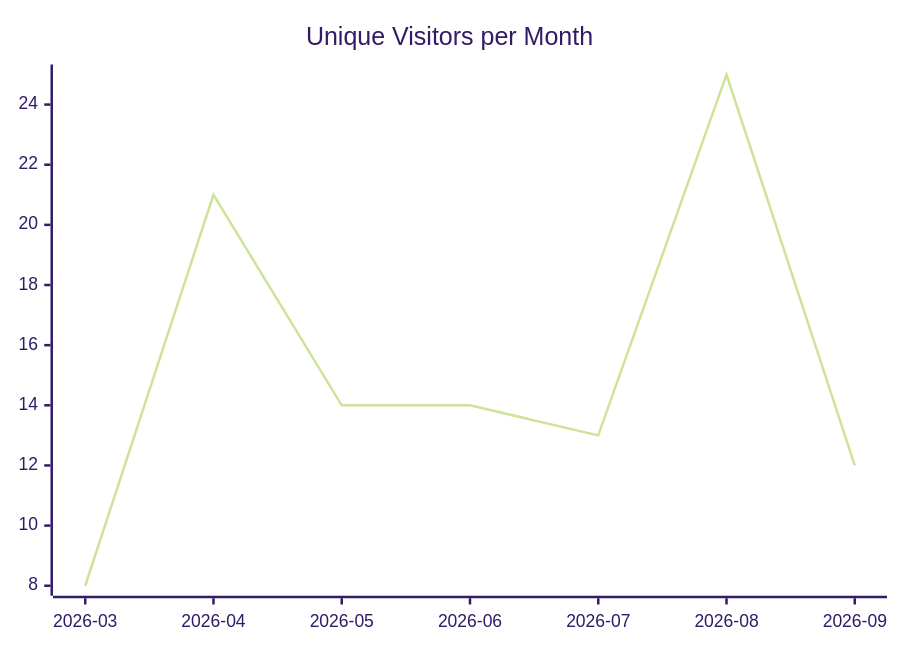
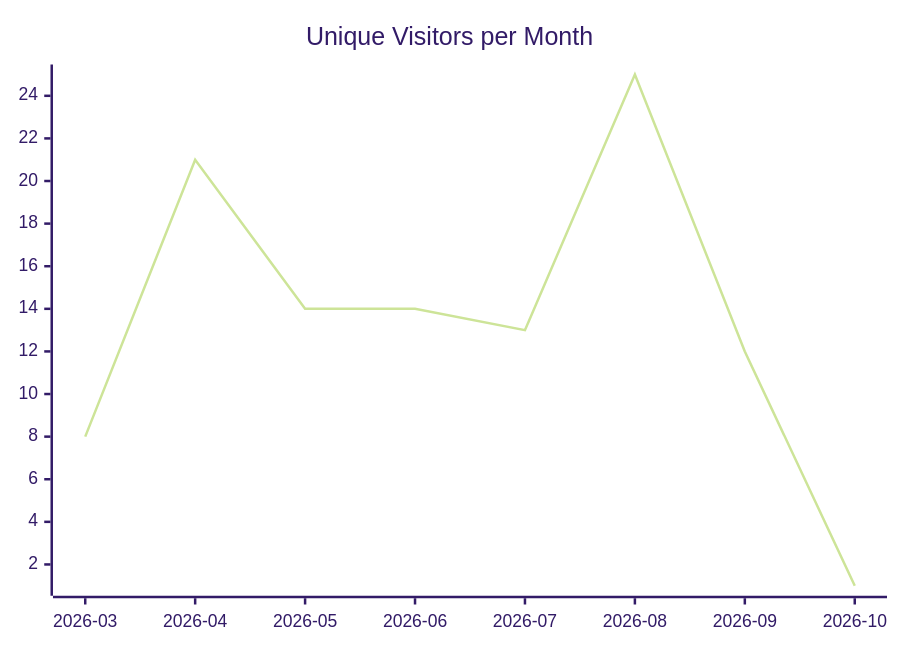
The first of 3 diagrams in karlmdavis/ksoap2-android/README.md (justdavis-family/github-analytics-data), drawn with Mermaid (forest theme) before and after one commit. The commit also changed other lines of this file and 202 other files, not shown here.

````diff
--- a/karlmdavis/ksoap2-android/README.md
+++ b/karlmdavis/ksoap2-android/README.md
@@ -5,6 +5,6 @@
 ```mermaid
 xychart-beta
   title "Unique Visitors per Month"
-  x-axis ["2026-03", "2026-04", "2026-05", "2026-06", "2026-07", "2026-08", "2026-09"]
-  line [8, 21, 14, 14, 13, 25, 12]
+  x-axis ["2026-03", "2026-04", "2026-05", "2026-06", "2026-07", "2026-08", "2026-09", "2026-10"]
+  line [8, 21, 14, 14, 13, 25, 12, 1]
 ```
````
